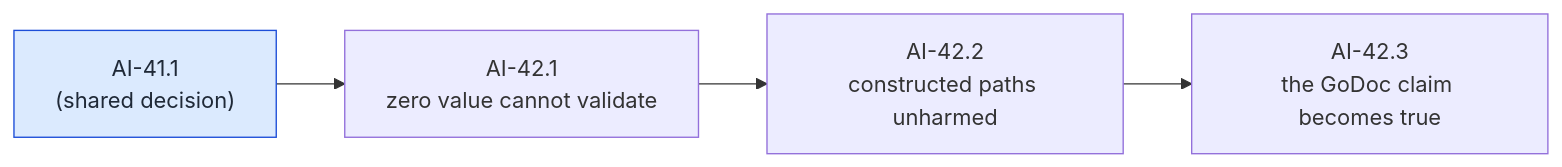
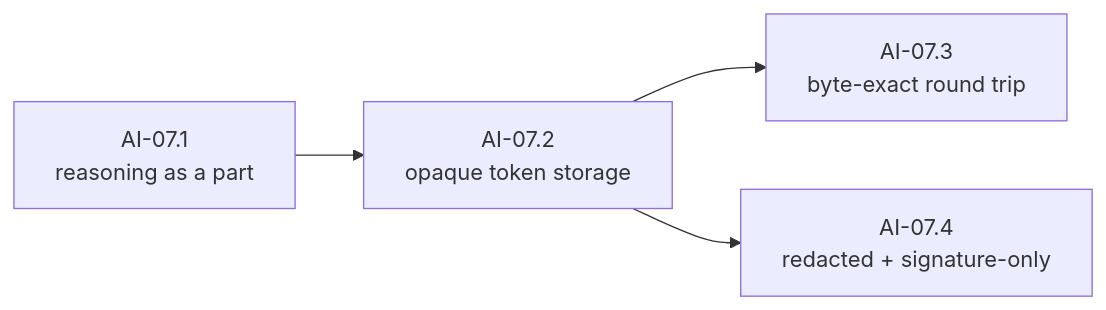
The sixth of 29 diagrams in docs/architecture/milestones/0002-cachicamas-ai-layer-1-task-graph.md (witsaba/cachicamas), drawn with Mermaid before and after one commit. The commit also changed other lines of this file, not shown here.

First line of the commit message:
docs: rewrite Layer 1 task graph as a from-zero plan (AI-00 … AI-40)

````diff
--- a/docs/architecture/milestones/0002-cachicamas-ai-layer-1-task-graph.md
+++ b/docs/architecture/milestones/0002-cachicamas-ai-layer-1-task-graph.md
@@ -430,8 +513,6 @@
 ```mermaid
 flowchart LR
-    D0["AI-41.1<br/>(shared decision)"] --> D1["AI-42.1<br/>zero value cannot validate"]
-    D1 --> D2["AI-42.2<br/>constructed paths unharmed"]
-    D2 --> D3["AI-42.3<br/>the GoDoc claim becomes true"]
-    classDef d fill:#dbeafe,stroke:#1d4ed8,color:#1f2937
-    class D0 d
+    H1["AI-07.1<br/>reasoning as a part"] --> H2["AI-07.2<br/>opaque token storage"]
+    H2 --> H3["AI-07.3<br/>byte-exact round trip"]
+    H2 --> H4["AI-07.4<br/>redacted + signature-only"]
 ```
````
